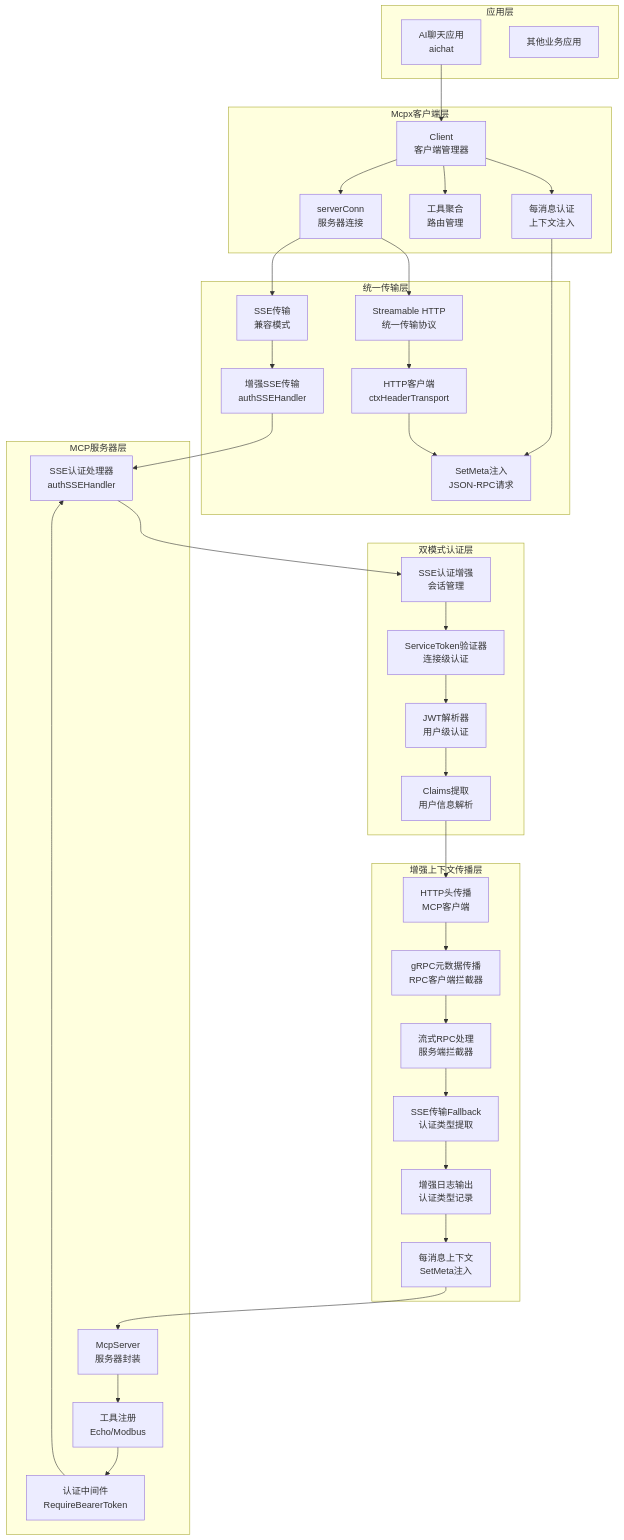
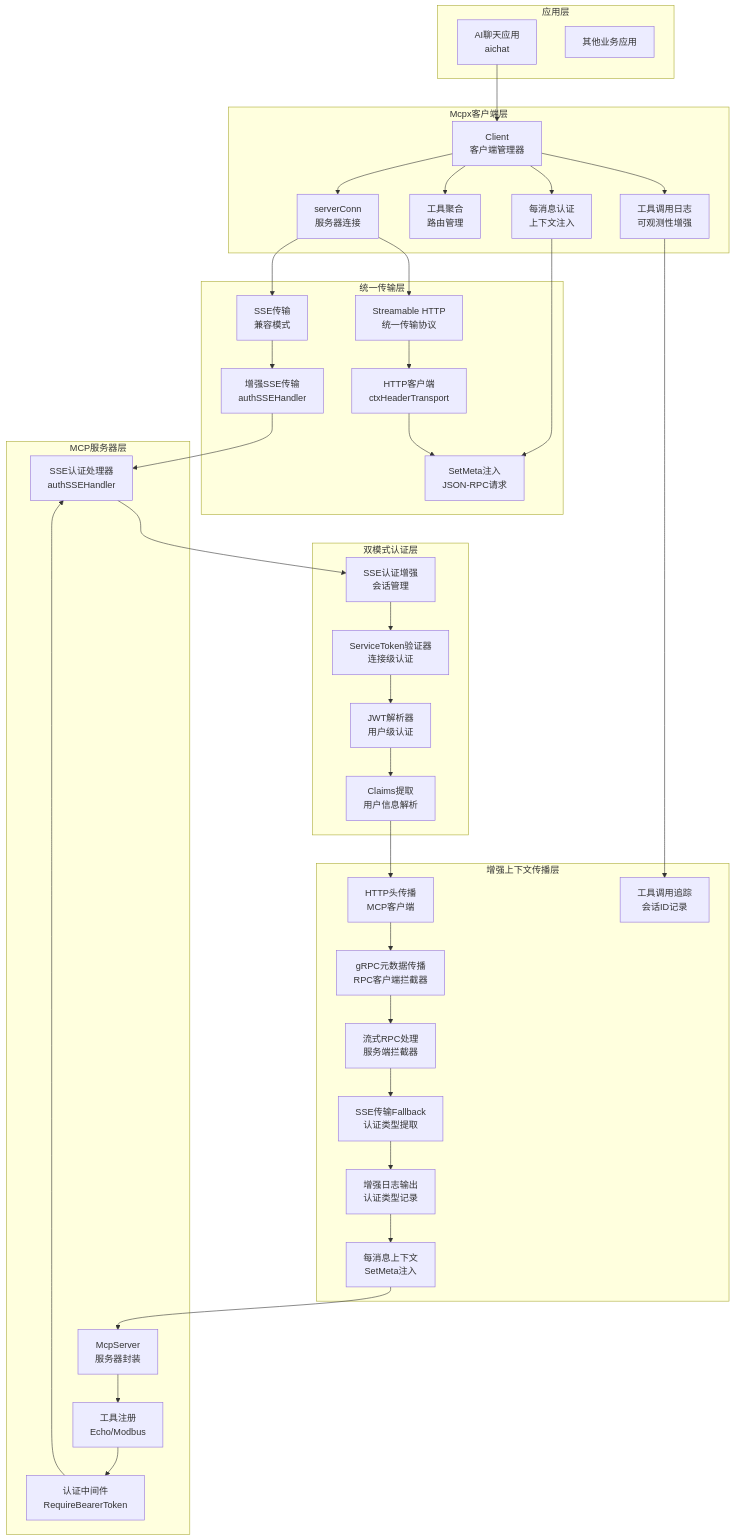
One commit to maomao94/zero-service changed the second of 23 diagrams in .qoder/repowiki/zh/content/核心服务详解/Mcpx客户端包.md. Above: the diagram before and after it, drawn with Mermaid. The commit also changed other lines of this file and 25 other files, not shown here.

````diff
--- a/.qoder/repowiki/zh/content/核心服务详解/Mcpx客户端包.md
+++ b/.qoder/repowiki/zh/content/核心服务详解/Mcpx客户端包.md
@@ -157,65 +162,69 @@
 ```mermaid
 graph TB
 subgraph "应用层"
 A[AI聊天应用<br/>aichat]
 B[其他业务应用]
 end
 subgraph "Mcpx客户端层"
 C[Client<br/>客户端管理器]
 D[serverConn<br/>服务器连接]
 E[工具聚合<br/>路由管理]
 F[每消息认证<br/>上下文注入]
+G[工具调用日志<br/>可观测性增强]
 end
 subgraph "统一传输层"
-G[Streamable HTTP<br/>统一传输协议]
-H[SSE传输<br/>兼容模式]
-I[HTTP客户端<br/>ctxHeaderTransport]
-J[增强SSE传输<br/>authSSEHandler]
-K[SetMeta注入<br/>JSON-RPC请求]
+H[Streamable HTTP<br/>统一传输协议]
+I[SSE传输<br/>兼容模式]
+J[HTTP客户端<br/>ctxHeaderTransport]
+K[增强SSE传输<br/>authSSEHandler]
+L[SetMeta注入<br/>JSON-RPC请求]
 end
 subgraph "双模式认证层"
-L[ServiceToken验证器<br/>连接级认证]
-M[JWT解析器<br/>用户级认证]
-N[Claims提取<br/>用户信息解析]
-O[SSE认证增强<br/>会话管理]
+M[ServiceToken验证器<br/>连接级认证]
+N[JWT解析器<br/>用户级认证]
+O[Claims提取<br/>用户信息解析]
+P[SSE认证增强<br/>会话管理]
 end
 subgraph "增强上下文传播层"
-P[HTTP头传播<br/>MCP客户端]
-Q[gRPC元数据传播<br/>RPC客户端拦截器]
-R[流式RPC处理<br/>服务端拦截器]
-S[SSE传输Fallback<br/>认证类型提取]
-T[增强日志输出<br/>认证类型记录]
-U[每消息上下文<br/>SetMeta注入]
+Q[HTTP头传播<br/>MCP客户端]
+R[gRPC元数据传播<br/>RPC客户端拦截器]
+S[流式RPC处理<br/>服务端拦截器]
+T[SSE传输Fallback<br/>认证类型提取]
+U[增强日志输出<br/>认证类型记录]
+V[每消息上下文<br/>SetMeta注入]
+W[工具调用追踪<br/>会话ID记录]
 end
 subgraph "MCP服务器层"
-V[McpServer<br/>服务器封装]
-W[工具注册<br/>Echo/Modbus]
-X[认证中间件<br/>RequireBearerToken]
-Y[SSE认证处理器<br/>authSSEHandler]
+X[McpServer<br/>服务器封装]
+Y[工具注册<br/>Echo/Modbus]
+Z[认证中间件<br/>RequireBearerToken]
+AA[SSE认证处理器<br/>authSSEHandler]
 end
 A --> C
 C --> D
 C --> E
 C --> F
-D --> G
+C --> G
 D --> H
-F --> K
-G --> I
+D --> I
+F --> L
+G --> W
 H --> J
 I --> K
-J --> Y
-Y --> O
-O --> L
-L --> M
+J --> L
+K --> AA
+AA --> P
+P --> M
 M --> N
-N --> P
-P --> Q
+N --> O
+O --> Q
 Q --> R
 R --> S
 S --> T
 T --> U
 U --> V
-V --> W
-W --> X
+V --> X
 X --> Y
+Y --> Z
+Z --> AA
 ```
````
